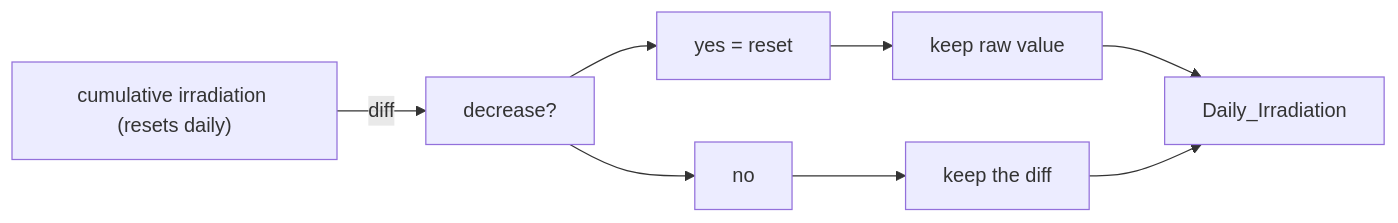
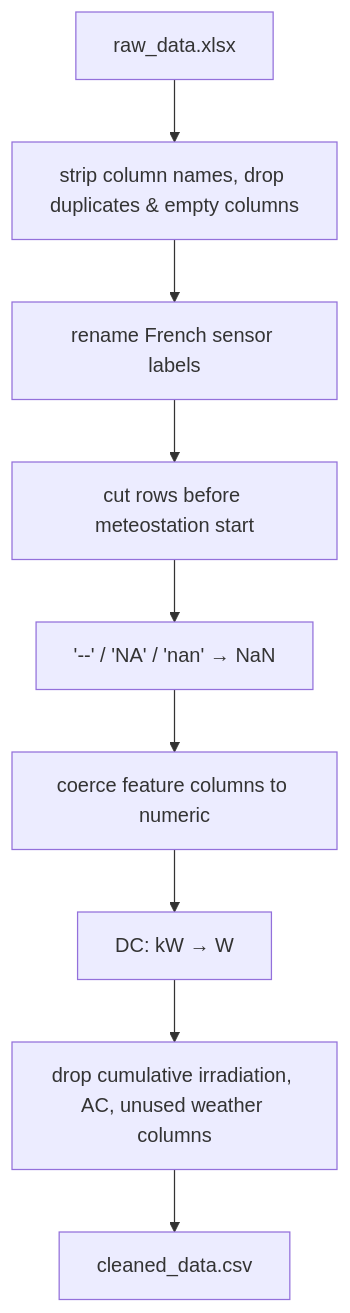
Before and after one commit to lambda-cast/TimeSeriesForcasting: the first of 3 diagrams in README.md, drawn with Mermaid. The commit also changed other lines of this file and 1 other file, not shown here.

````diff
--- a/README.md
+++ b/README.md
@@ -47,10 +70,11 @@
 ```mermaid
-flowchart LR
-    a["cumulative irradiation (resets daily)"] -->|diff| b["decrease?"]
-    b --> c["yes = reset"]
-    b --> d["no"]
-    c --> e["keep raw value"]
-    d --> f["keep the diff"]
-    e --> g["Daily_Irradiation"]
-    f --> g
+flowchart TB
+    a["raw_data.xlsx"] --> b["strip column names, drop duplicates & empty columns"]
+    b --> c["rename French sensor labels"]
+    c --> d["cut rows before meteostation start"]
+    d --> e["'--' / 'NA' / 'nan' → NaN"]
+    e --> f["coerce feature columns to numeric"]
+    f --> g["DC: kW → W"]
+    g --> h["drop cumulative irradiation, AC, unused weather columns"]
+    h --> i["cleaned_data.csv"]
 ```
````
